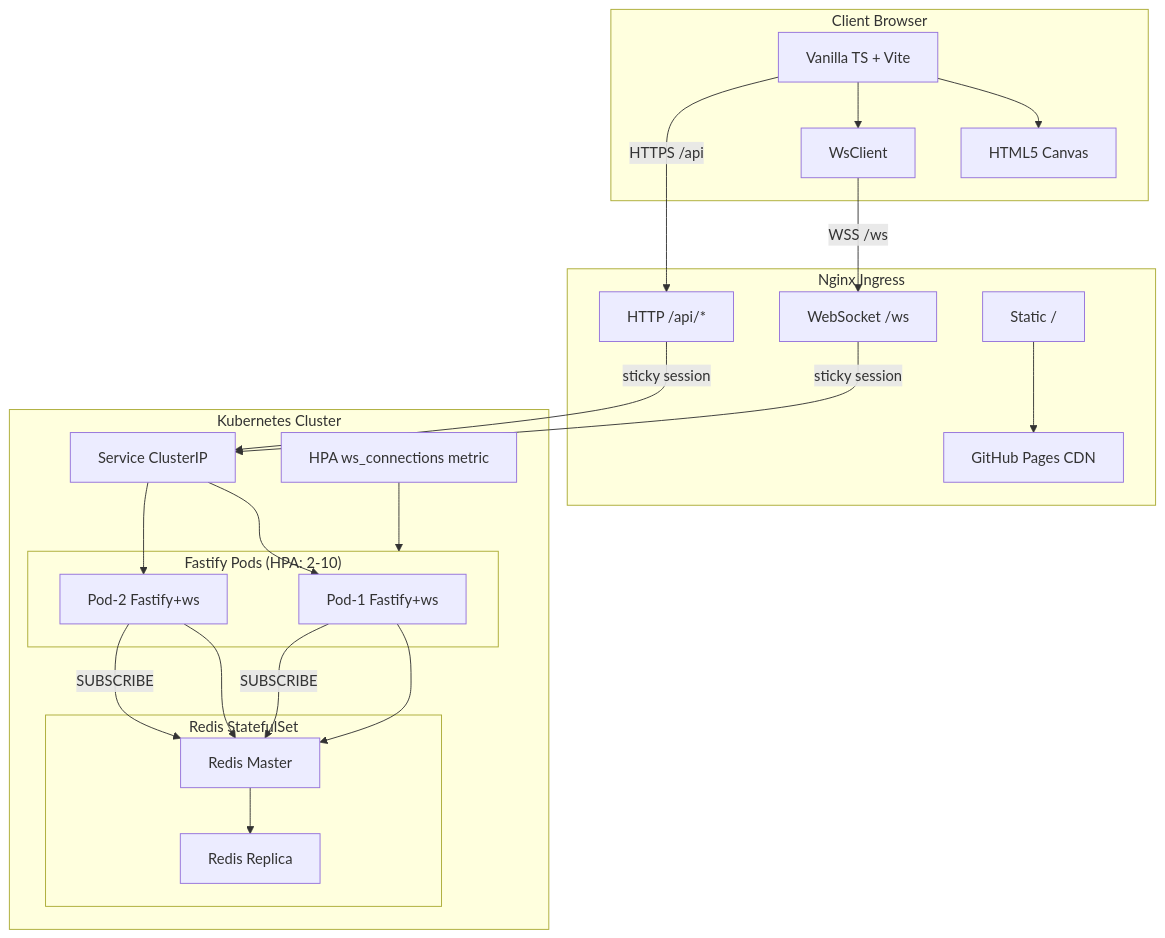
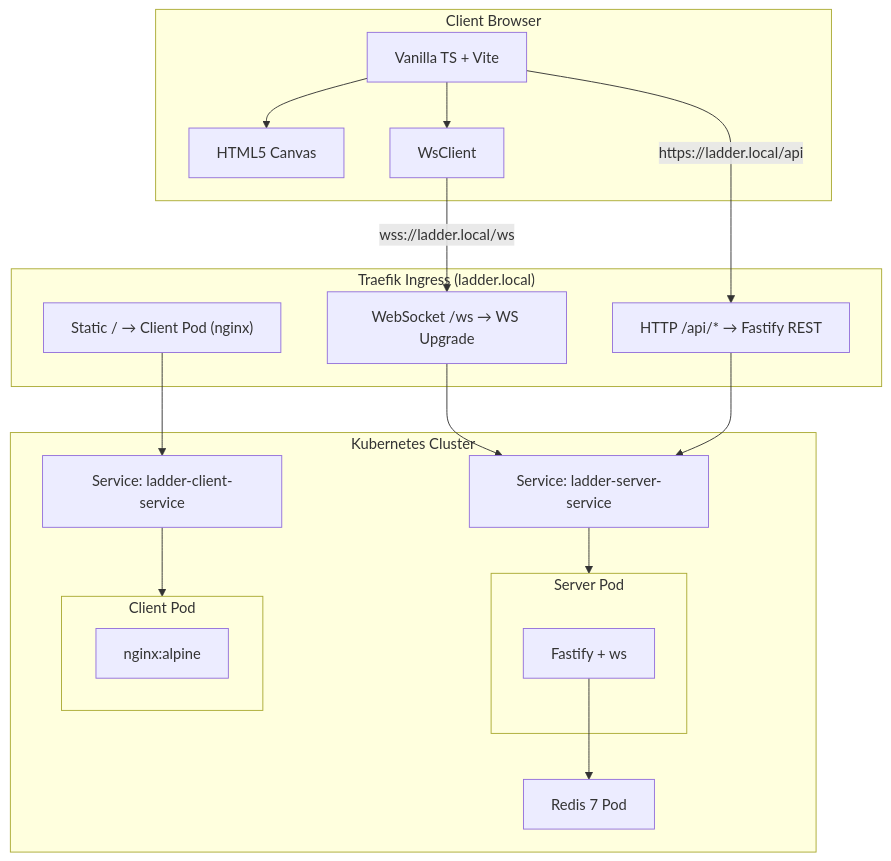
One commit to ibalasite/climb_stairs changed the diagram in README.md. Above: the diagram before and after it, drawn with Mermaid. The commit also changed other lines of this file and 15 other files, not shown here.

````diff
--- a/README.md
+++ b/README.md
@@ -36,48 +43,37 @@
 ```mermaid
 graph TD
     subgraph Client["Client Browser"]
         TS["Vanilla TS + Vite"]
         Canvas["HTML5 Canvas"]
         WSClient["WsClient"]
         TS --> Canvas
         TS --> WSClient
     end
 
-    subgraph Ingress["Nginx Ingress"]
-        NginxHTTP["HTTP /api/*"]
-        NginxWS["WebSocket /ws"]
-        NginxStatic["Static /"]
-        NginxStatic --> Pages["GitHub Pages CDN"]
+    subgraph Ingress["Traefik Ingress (ladder.local)"]
+        NginxHTTP["HTTP /api/* → Fastify REST"]
+        NginxWS["WebSocket /ws → WS Upgrade"]
+        NginxStatic["Static / → Client Pod (nginx)"]
     end
 
     subgraph K8sCluster["Kubernetes Cluster"]
-        SVC["Service ClusterIP"]
-
-        subgraph Pods["Fastify Pods (HPA: 2-10)"]
-            Pod1["Pod-1 Fastify+ws"]
-            Pod2["Pod-2 Fastify+ws"]
+        SVC["Service: ladder-server-service"]
+        ClientSVC["Service: ladder-client-service"]
+        subgraph ServerPod["Server Pod"]
+            Fastify["Fastify + ws"]
         end
-
-        SVC --> Pod1
-        SVC --> Pod2
-
-        subgraph Redis["Redis StatefulSet"]
-            RedisMaster["Redis Master"]
-            RedisReplica["Redis Replica"]
-            RedisMaster --> RedisReplica
+        subgraph ClientPod["Client Pod"]
+            Nginx["nginx:alpine"]
         end
-
-        Pod1 --> RedisMaster
-        Pod2 --> RedisMaster
-        Pod1 --> |"SUBSCRIBE"| RedisMaster
-        Pod2 --> |"SUBSCRIBE"| RedisMaster
-
-        HPA["HPA ws_connections metric"]
-        HPA --> Pods
+        Redis["Redis 7 Pod"]
+        SVC --> ServerPod
+        ClientSVC --> ClientPod
+        Fastify --> Redis
     end
 
-    WSClient --> |"WSS /ws"| NginxWS
-    TS --> |"HTTPS /api"| NginxHTTP
-    NginxHTTP --> |"sticky session"| SVC
-    NginxWS --> |"sticky session"| SVC
+    WSClient -->|"wss://ladder.local/ws"| NginxWS
+    TS -->|"https://ladder.local/api"| NginxHTTP
+    NginxWS --> SVC
+    NginxHTTP --> SVC
+    NginxStatic --> ClientSVC
 ```
````
